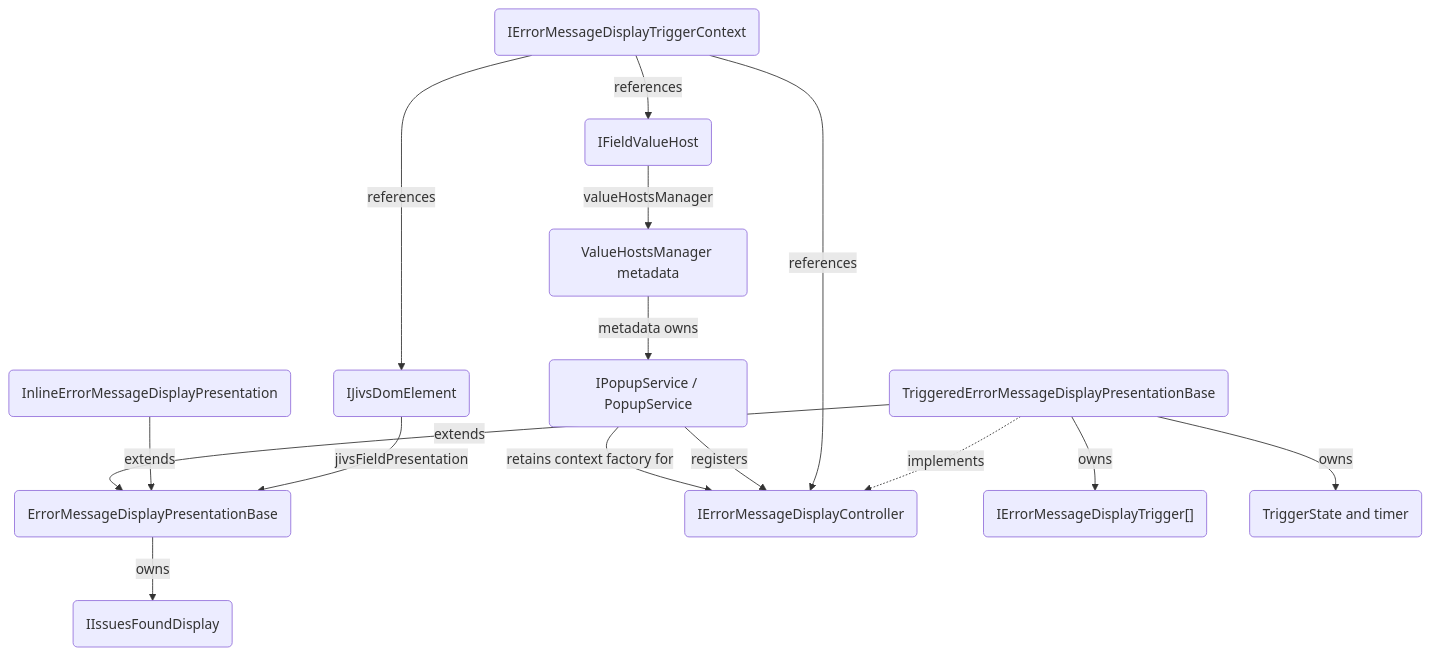
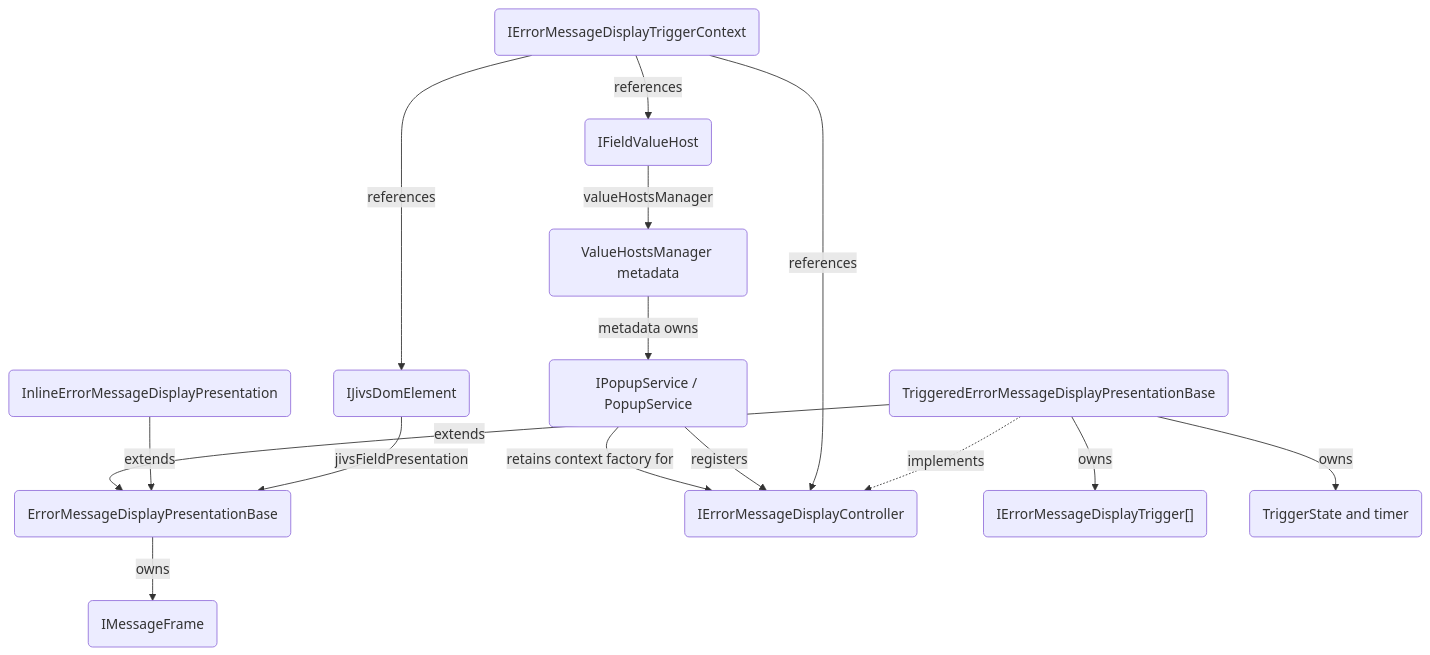
One commit to plblum/jivs changed the seventh of 12 diagrams in planning/Jivs-DOM_Implementation_Design.md. Above: the diagram before and after it, drawn with Mermaid. The commit also changed other lines of this file and 11 other files, not shown here.

Commit message:
Rename IssuesFoundDisplay to MessageFrame

````diff
--- a/planning/Jivs-DOM_Implementation_Design.md
+++ b/planning/Jivs-DOM_Implementation_Design.md
@@ -2171,34 +2171,34 @@
 ```mermaid
 flowchart TB
     ANCHOR("IJivsDomElement")
     BASE("ErrorMessageDisplayPresentationBase")
     INLINE("InlineErrorMessageDisplayPresentation")
     TRIGGERED("TriggeredErrorMessageDisplayPresentationBase")
-    DISPLAY("IIssuesFoundDisplay")
+    DISPLAY("IMessageFrame")
 
     CONTROLLER("IErrorMessageDisplayController")
     TRIGGERS("IErrorMessageDisplayTrigger[]")
     CONTEXT("IErrorMessageDisplayTriggerContext")
     STATE("TriggerState and timer")
 
     VALUE_HOST("IFieldValueHost")
     MANAGER("ValueHostsManager metadata")
     POPUP_SERVICE("IPopupService / PopupService")
 
     ANCHOR -->|"jivsFieldPresentation"| BASE
     INLINE -->|"extends"| BASE
     TRIGGERED -->|"extends"| BASE
     BASE -->|"owns"| DISPLAY
 
     TRIGGERED -.->|"implements"| CONTROLLER
     TRIGGERED -->|"owns"| TRIGGERS
     TRIGGERED -->|"owns"| STATE
     CONTEXT -->|"references"| CONTROLLER
     CONTEXT -->|"references"| ANCHOR
     CONTEXT -->|"references"| VALUE_HOST
 
     VALUE_HOST -->|"valueHostsManager"| MANAGER
     MANAGER -->|"metadata owns"| POPUP_SERVICE
     POPUP_SERVICE -->|"registers"| CONTROLLER
     POPUP_SERVICE -->|"retains context factory for"| CONTROLLER
 ```
````
